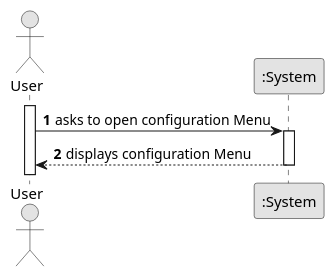
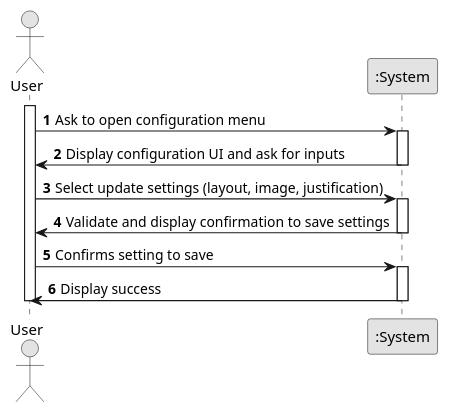
Before and after one commit to fAzeOl/TableGenerator: the diagram in docs/system-documentation/US004/01.requirements-engineering/puml/US004-SSD.puml, drawn with PlantUML. The commit also changed 33 other files, not shown here.

```diff
--- a/docs/system-documentation/US004/01.requirements-engineering/puml/US004-SSD.puml
+++ b/docs/system-documentation/US004/01.requirements-engineering/puml/US004-SSD.puml
@@ -1,18 +1,33 @@
 @startuml
 skinparam monochrome true
 skinparam packageStyle rectangle
 skinparam shadowing false
 
 autonumber
 
 actor "User" as User
 participant ":System" as System
 
 activate User
 
-    User -> System : asks to open configuration Menu
+    User -> System : Ask to open configuration menu
     activate System
 
-        System --> User : displays configuration Menu
+        System -> User : Display configuration UI and ask for inputs
     deactivate System
+
+    User -> System : Select update settings (layout, image, justification)
+    activate System
+
+        System -> User : Validate and display confirmation to save settings
+    deactivate System
+
+    User -> System : Confirms setting to save
+    activate System
+        
+        System -> User : Display success
+    
+    deactivate System
+
+deactivate User
 @enduml
```
